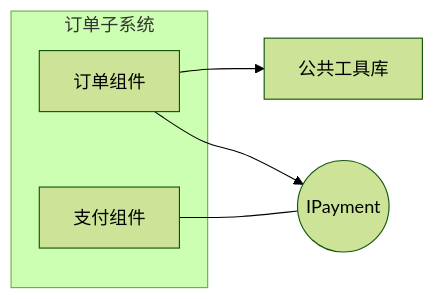
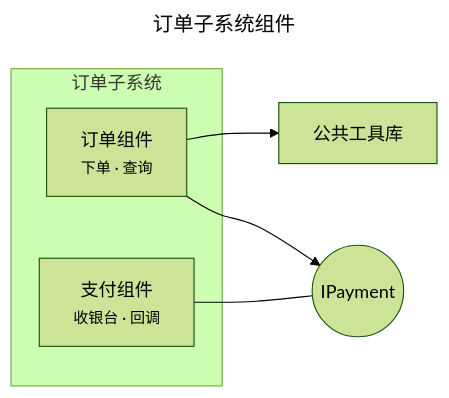
One commit to huang-hee/diagram-kit changed the fifth of 9 diagrams in references/types-modeling.md. Above: the diagram before and after it, drawn with Mermaid (forest theme). The commit also changed other lines of this file and 248 other files, not shown here.

First line of the commit message:
feat: 示例按统一风格重做，补齐 42 张 drawio 整图示例，默认工具改为 drawio

````diff
--- a/references/types-modeling.md
+++ b/references/types-modeling.md
@@ -216,13 +225,16 @@
 ```mermaid
+---
+title: 订单子系统组件
+---
 flowchart LR
   subgraph SUB[订单子系统]
-    C1[订单组件]:::comp
-    C2[支付组件]:::comp
+    C1["订单组件<br><small>下单 · 查询</small>"]:::comp
+    C2["支付组件<br><small>收银台 · 回调</small>"]:::comp
   end
   L[公共工具库]:::lib
   I((IPayment)):::iface
   C1 --> I
   C2 --- I
   C1 --> L
   class SUB group
 ```
````
